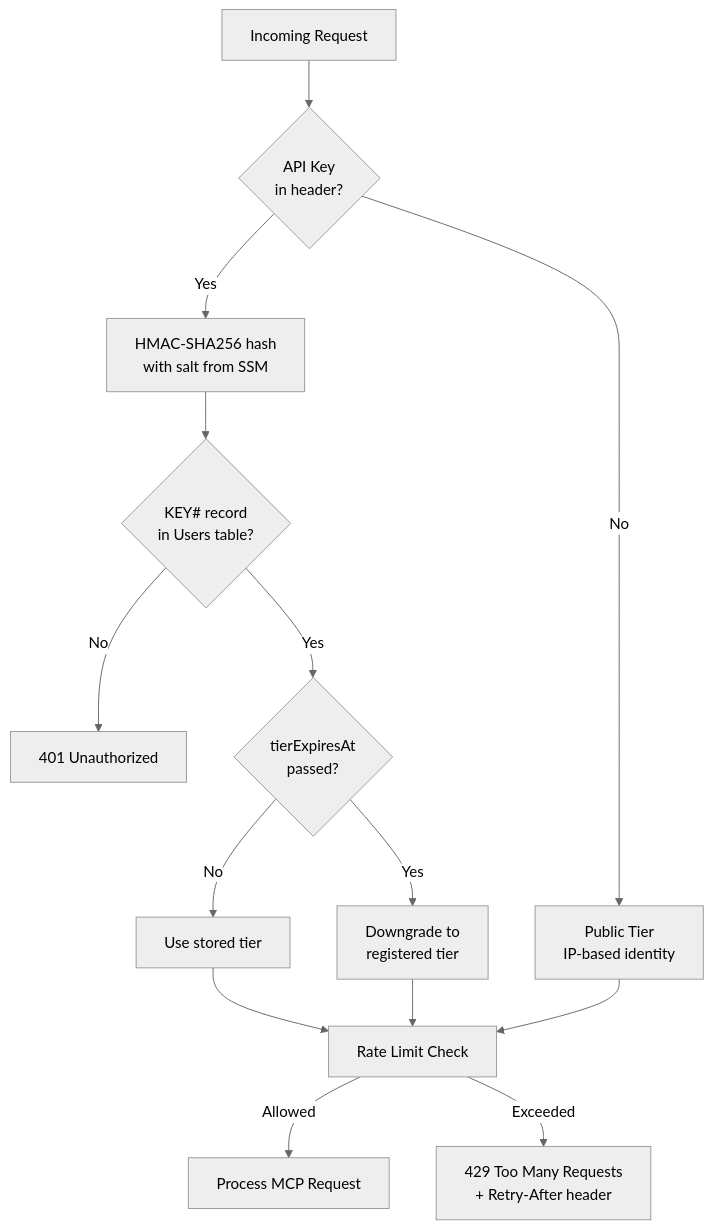
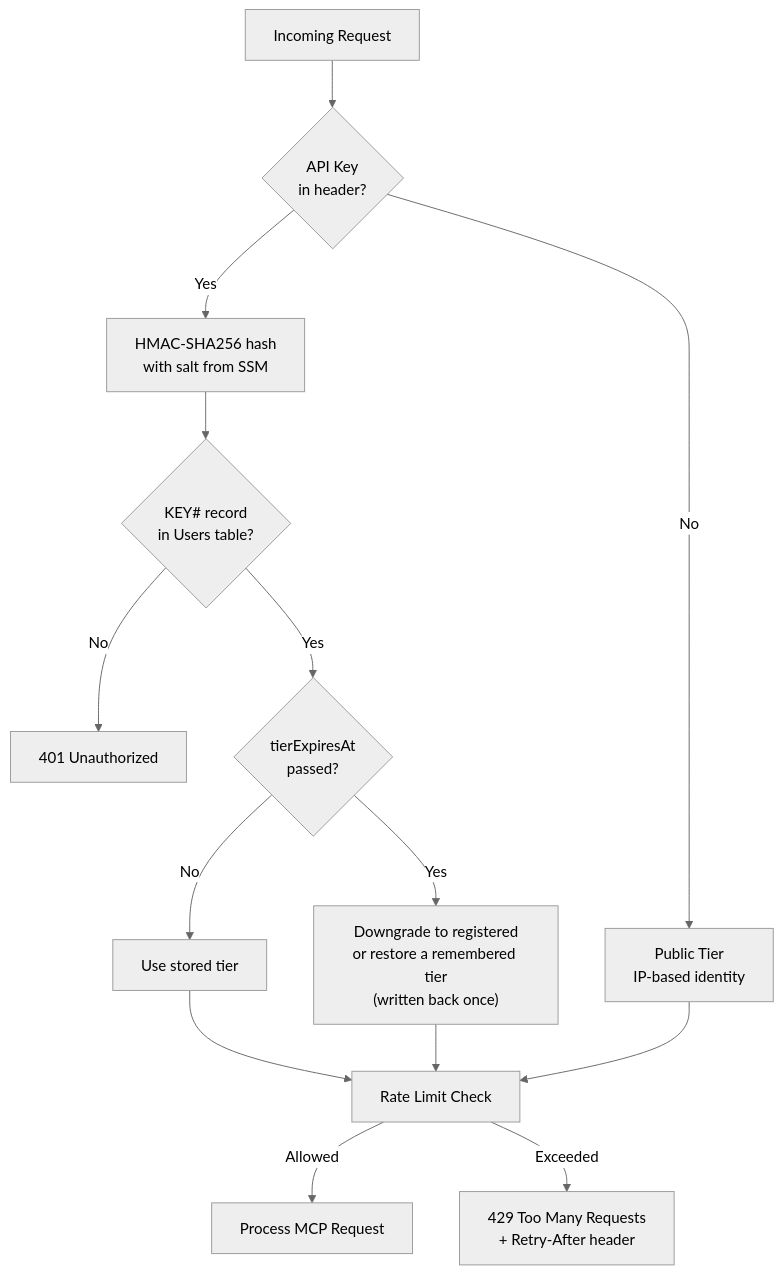
One commit to 63Klabs/atlantis-mcp changed the first of 3 diagrams in ARCHITECTURE.md. Above: the diagram before and after it, drawn with Mermaid (neutral theme). The commit also changed other lines of this file and 46 other files, not shown here.

Commit message:
implemented 0.0.7 lapsed tier downgrade

````diff
--- a/ARCHITECTURE.md
+++ b/ARCHITECTURE.md
@@ -488,16 +545,16 @@
 ```mermaid
 flowchart TD
     A[Incoming Request] --> B{API Key<br/>in header?}
     B -->|No| C[Public Tier<br/>IP-based identity]
     B -->|Yes| D[HMAC-SHA256 hash<br/>with salt from SSM]
     D --> E{KEY# record<br/>in Users table?}
     E -->|No| F[401 Unauthorized]
     E -->|Yes| G{tierExpiresAt<br/>passed?}
     G -->|No| H[Use stored tier]
-    G -->|Yes| I[Downgrade to<br/>registered tier]
+    G -->|Yes| I["Downgrade to registered<br/>or restore a remembered tier<br/>(written back once)"]
     H --> J[Rate Limit Check]
     I --> J
     C --> J
     J -->|Allowed| K[Process MCP Request]
     J -->|Exceeded| L[429 Too Many Requests<br/>+ Retry-After header]
 ```
````
